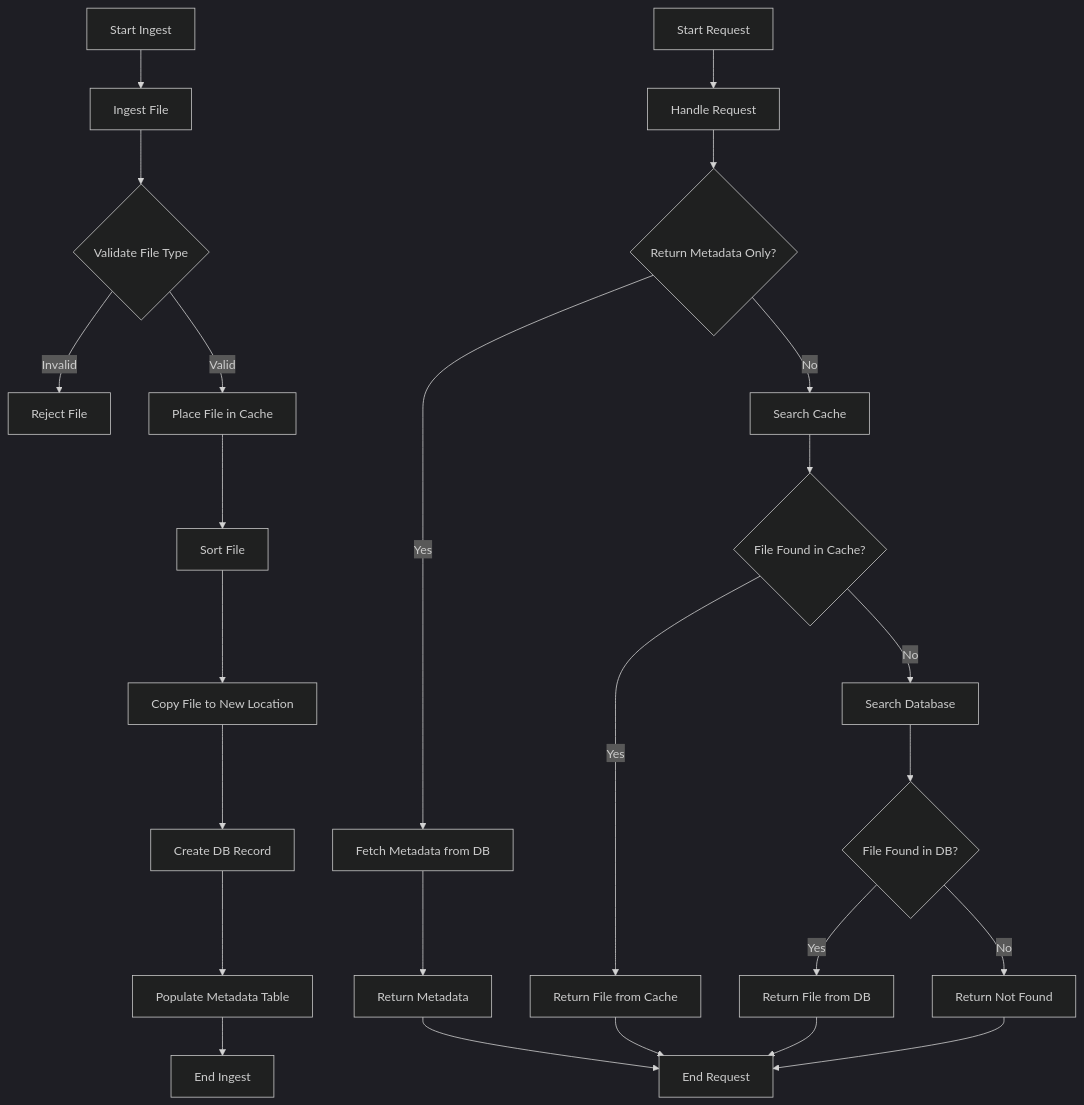
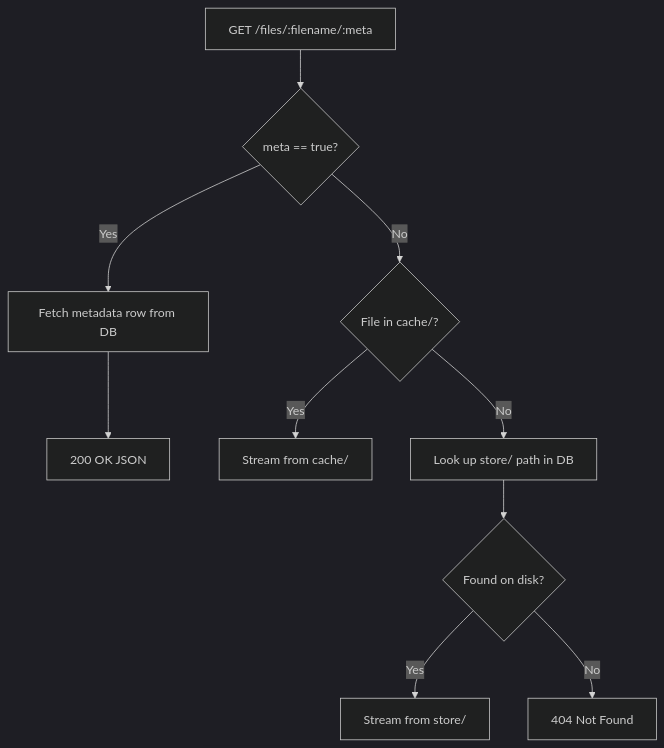
Before and after one commit to KilroyWasHere-cs-j/Dewey: the third of 4 diagrams in README.md, drawn with Mermaid (dark theme). The commit also changed other lines of this file, not shown here.

First line of the commit message:
Rewrite and reformat README with accurate architecture detail

````diff
--- a/README.md
+++ b/README.md
@@ -41,33 +110,12 @@
 ```mermaid
 flowchart TD
-
-%% In Path
-A[Start Ingest] --> B[Ingest File]
-B --> C{Validate File Type}
-C -- Invalid --> D[Reject File]
-C -- Valid --> E[Place File in Cache]
-E --> F[Sort File]
-F --> G[Copy File to New Location]
-G --> H[Create DB Record]
-H --> I[Populate Metadata Table]
-I --> J[End Ingest]
-
-%% Out Path
-K[Start Request] --> L[Handle Request]
-L --> M{Return Metadata Only?}
-M -- Yes --> N[Fetch Metadata from DB]
-N --> O[Return Metadata]
-
-M -- No --> P[Search Cache]
-P --> Q{File Found in Cache?}
-Q -- Yes --> R[Return File from Cache]
-Q -- No --> S[Search Database]
-S --> T{File Found in DB?}
-T -- Yes --> U[Return File from DB]
-T -- No --> V[Return Not Found]
-
-R --> W[End Request]
-U --> W
-O --> W
-V --> W
+    A["GET /files/:filename/:meta"] --> B{"meta == true?"}
+    B -- Yes --> C["Fetch metadata row from DB"]
+    C --> D["200 OK JSON"]
+    B -- No --> E{"File in cache/?"}
+    E -- Yes --> F["Stream from cache/"]
+    E -- No --> G["Look up store/ path in DB"]
+    G --> H{"Found on disk?"}
+    H -- Yes --> I["Stream from store/"]
+    H -- No --> J["404 Not Found"]
 ```
````
